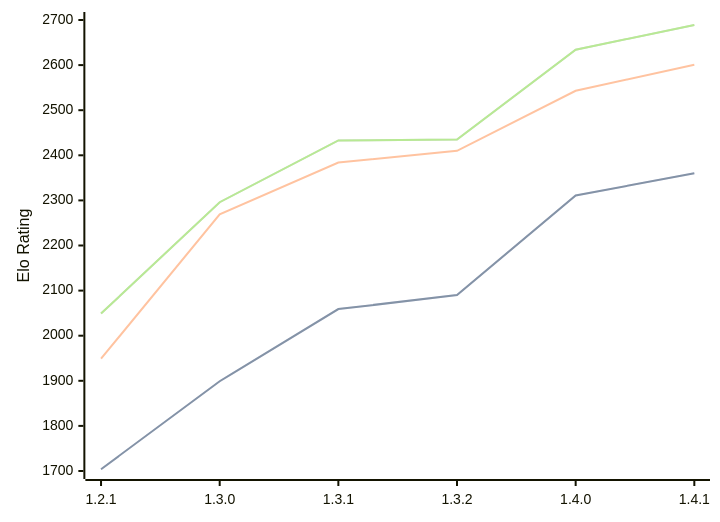
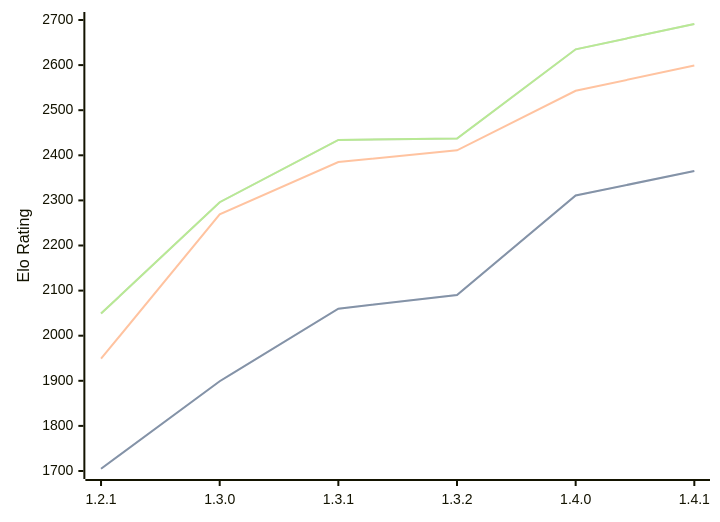
One commit to computer-chess-index/cci changed the diagram in engines/Chal.md. Above: the diagram before and after it, drawn with Mermaid. The commit also changed other lines of this file, not shown here.

Commit message:
Update CCI Ratings (ELO VLTC) - 2026-05-06

````diff
--- a/engines/Chal.md
+++ b/engines/Chal.md
@@ -39,11 +39,11 @@
 ```mermaid
 %%{init: {"theme":"base","themeVariables":{"seriesColors:['#a3a3a3','#222221','#faa371']}}}%%
 xychart-beta
   x-axis ["1.2.1", "1.3.0", "1.3.1", "1.3.2", "1.4.0", "1.4.1"]
   y-axis "Elo Rating" 1700 --> 2700
-  line "STC (8.0+0.08s)" [1704, 1899, 2059, 2090, 2311, 2360]
-  line "STC (8.0+0.08s)" [1704, 1899, 2059, 2090, 2311, 2360]
-  line "LTC (60.0+0.60s)" [1949, 2269, 2384, 2410, 2543, 2601]
-  line "VLTC (2m24s+1.12s)" [2049, 2296, 2433, 2435, 2634, 2689]
-  line "VLTC (2m24s+1.12s)" [2049, 2296, 2433, 2435, 2634, 2689]
+  line "STC (8.0+0.08s)" [1705, 1899, 2060, 2090, 2311, 2365]
+  line "STC (8.0+0.08s)" [1705, 1899, 2060, 2090, 2311, 2365]
+  line "LTC (60.0+0.60s)" [1949, 2269, 2385, 2411, 2543, 2599]
+  line "VLTC (2m24s+1.12s)" [2049, 2296, 2434, 2437, 2635, 2691]
+  line "VLTC (2m24s+1.12s)" [2049, 2296, 2434, 2437, 2635, 2691]
 ```
````
